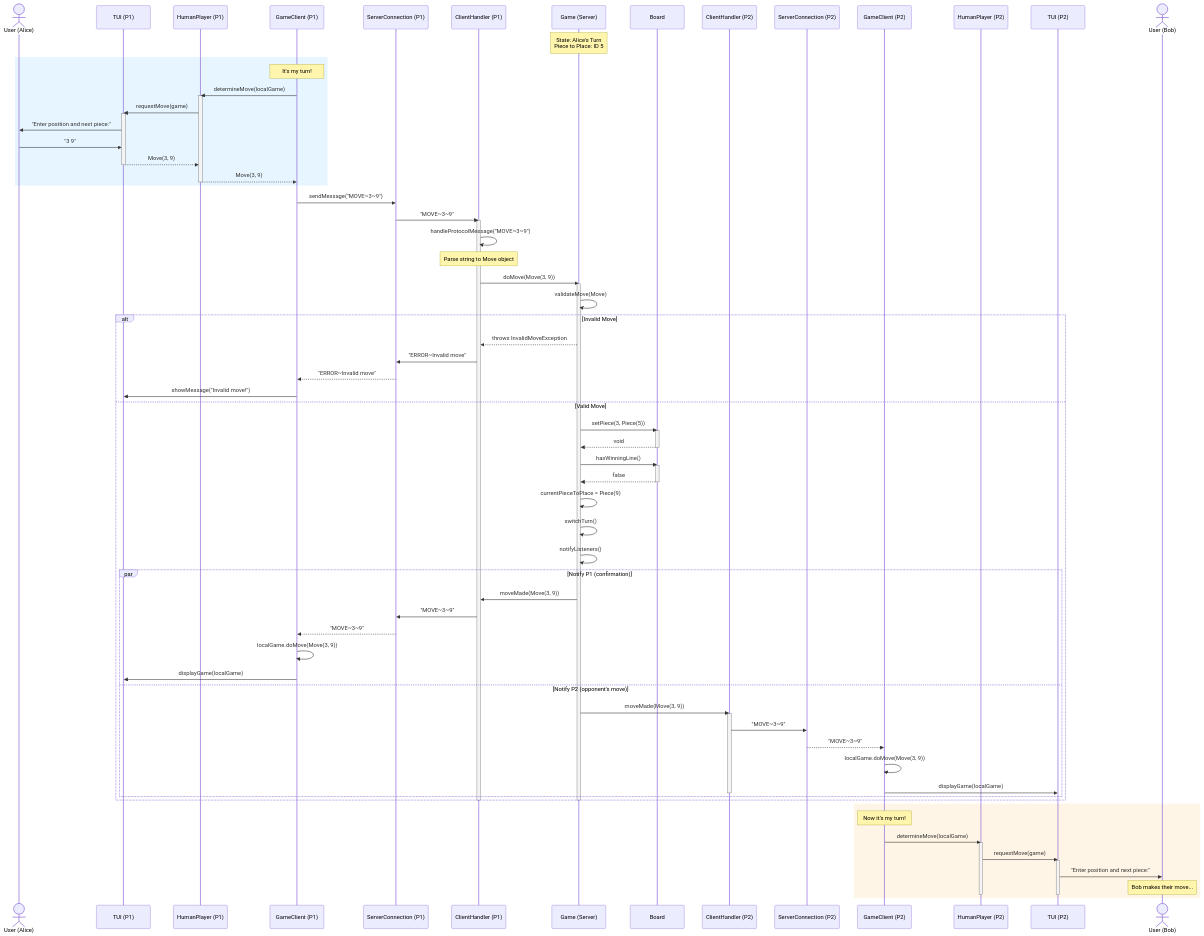
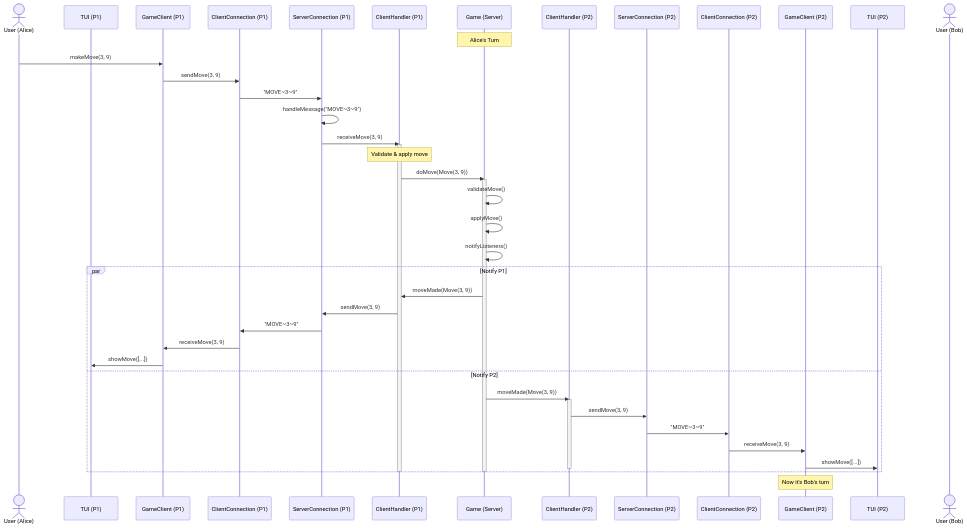
The third of 5 diagrams in Diagrams/Sequence Diagram/sequence_diagram.md (ramzxy/quarto), drawn with Mermaid before and after one commit. The commit also changed other lines of this file and 13 other files, not shown here.

````diff
--- a/Diagrams/Sequence Diagram/sequence_diagram.md
+++ b/Diagrams/Sequence Diagram/sequence_diagram.md
@@ -159,96 +153,54 @@
 sequenceDiagram
     actor User1 as User (Alice)
     participant View1 as TUI (P1)
-    participant HP1 as HumanPlayer (P1)
     participant GC1 as GameClient (P1)
-    participant Conn1 as ServerConnection (P1)
+    participant CC1 as ClientConnection (P1)
+    participant SC1 as ServerConnection (P1)
     participant CH1 as ClientHandler (P1)
     participant Game as Game (Server)
-    participant Board as Board
     participant CH2 as ClientHandler (P2)
-    participant Conn2 as ServerConnection (P2)
+    participant SC2 as ServerConnection (P2)
+    participant CC2 as ClientConnection (P2)
     participant GC2 as GameClient (P2)
-    participant HP2 as HumanPlayer (P2)
     participant View2 as TUI (P2)
     actor User2 as User (Bob)
 
-    Note over Game: State: Alice's Turn<br/>Piece to Place: ID 5
+    Note over Game: Alice's Turn
 
-    rect rgb(230, 245, 255)
-        Note over GC1: It's my turn!
-        GC1->>HP1: determineMove(localGame)
-        activate HP1
-        HP1->>View1: requestMove(game)
-        activate View1
-        View1->>User1: "Enter position and next piece:"
-        User1->>View1: "3 9"
-        View1-->>HP1: Move(3, 9)
-        deactivate View1
-        HP1-->>GC1: Move(3, 9)
-        deactivate HP1
-    end
-    
-    GC1->>Conn1: sendMessage("MOVE~3~9")
-    Conn1->>CH1: "MOVE~3~9"
-    
+    User1->>GC1: makeMove(3, 9)
+    GC1->>CC1: sendMove(3, 9)
+    CC1->>SC1: "MOVE~3~9"
+
+    SC1->>SC1: handleMessage("MOVE~3~9")
+    SC1->>CH1: receiveMove(3, 9)
     activate CH1
-    CH1->>CH1: handleProtocolMessage("MOVE~3~9")
-    Note over CH1: Parse string to Move object
-    
+
+    Note over CH1: Validate & apply move
+
     CH1->>Game: doMove(Move(3, 9))
     activate Game
-    
-    Game->>Game: validateMove(Move)
-    alt Invalid Move
-        Game-->>CH1: throws InvalidMoveException
-        CH1->>Conn1: "ERROR~Invalid move"
-        Conn1-->>GC1: "ERROR~Invalid move"
-        GC1->>View1: showMessage("Invalid move!")
-    else Valid Move
-        Game->>Board: setPiece(3, Piece(5))
-        activate Board
-        Board-->>Game: void
-        deactivate Board
-        
-        Game->>Board: hasWinningLine()
-        activate Board
-        Board-->>Game: false
-        deactivate Board
-        
-        Game->>Game: currentPieceToPlace = Piece(9)
-        Game->>Game: switchTurn()
-        
-        Game->>Game: notifyListeners()
-        
-        par Notify P1 (confirmation)
-            Game->>CH1: moveMade(Move(3, 9))
-            CH1->>Conn1: "MOVE~3~9"
-            Conn1-->>GC1: "MOVE~3~9"
-            GC1->>GC1: localGame.doMove(Move(3, 9))
-            GC1->>View1: displayGame(localGame)
-        and Notify P2 (opponent's move)
-            Game->>CH2: moveMade(Move(3, 9))
-            activate CH2
-            CH2->>Conn2: "MOVE~3~9"
-            Conn2-->>GC2: "MOVE~3~9"
-            GC2->>GC2: localGame.doMove(Move(3, 9))
-            GC2->>View2: displayGame(localGame)
-            deactivate CH2
-        end
+    Game->>Game: validateMove()
+    Game->>Game: applyMove()
+    Game->>Game: notifyListeners()
+
+    par Notify P1
+        Game->>CH1: moveMade(Move(3, 9))
+        CH1->>SC1: sendMove(3, 9)
+        SC1->>CC1: "MOVE~3~9"
+        CC1->>GC1: receiveMove(3, 9)
+        GC1->>View1: showMove([...])
+    and Notify P2
+        Game->>CH2: moveMade(Move(3, 9))
+        activate CH2
+        CH2->>SC2: sendMove(3, 9)
+        SC2->>CC2: "MOVE~3~9"
+        CC2->>GC2: receiveMove(3, 9)
+        GC2->>View2: showMove([...])
+        deactivate CH2
     end
-    
+
     deactivate Game
     deactivate CH1
 
-    rect rgb(255, 245, 230)
-        Note over GC2: Now it's my turn!
-        GC2->>HP2: determineMove(localGame)
-        activate HP2
-        HP2->>View2: requestMove(game)
-        activate View2
-        View2->>User2: "Enter position and next piece:"
-        Note over User2: Bob makes their move...
-        deactivate View2
-        deactivate HP2
-    end
+    Note over GC2: Now it's Bob's turn
 ```
````
